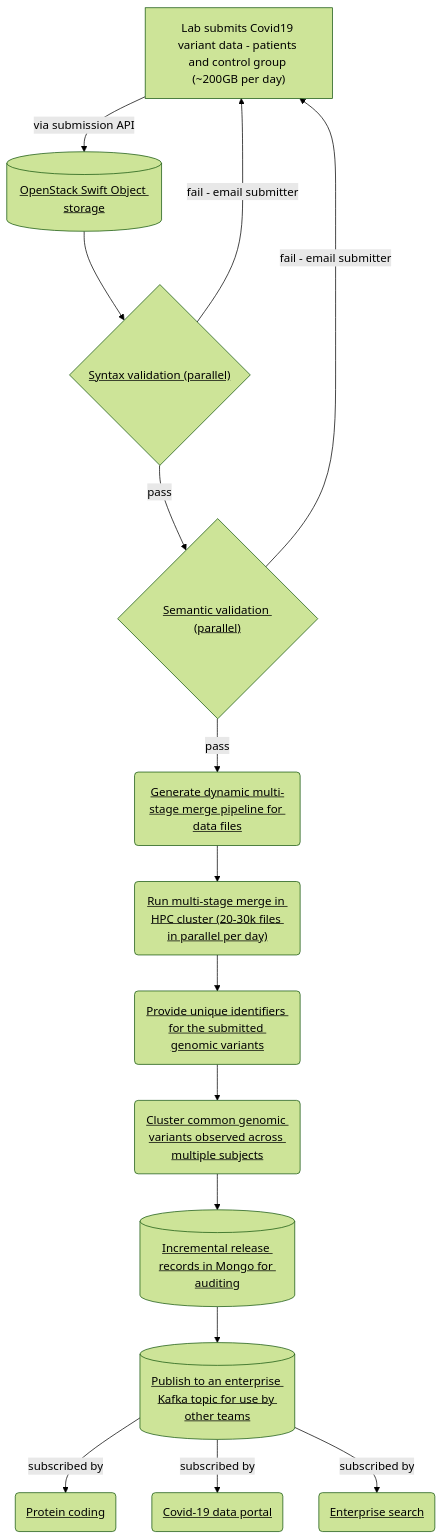
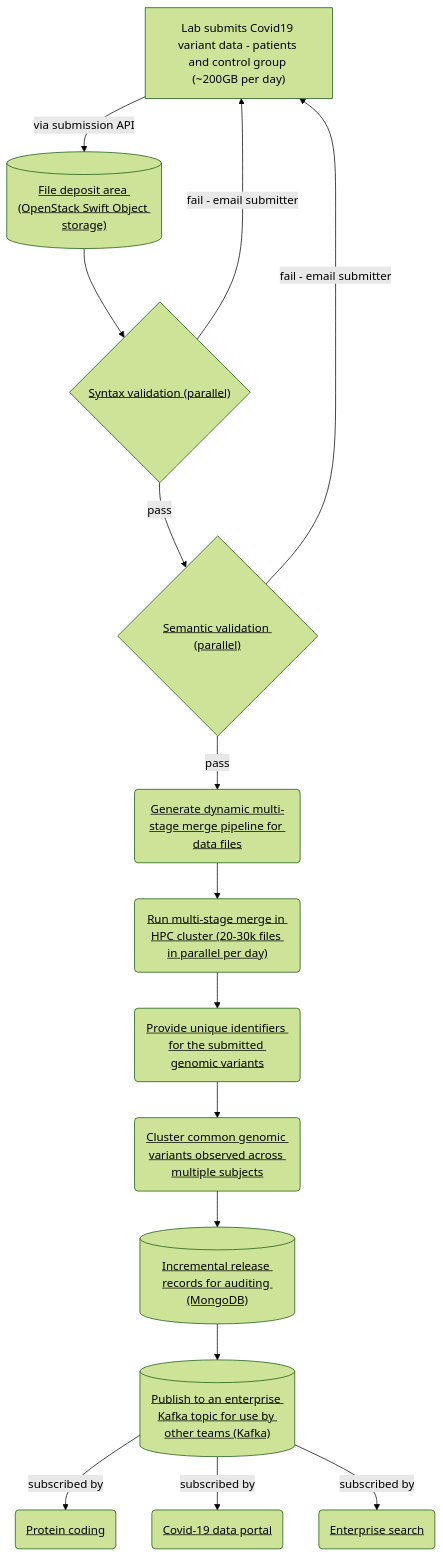
One commit to sundarvenkata/covid19dp-process changed the diagram in process-diagram.md. Above: the diagram before and after it, drawn with Mermaid (forest theme).

````diff
--- a/process-diagram.md
+++ b/process-diagram.md
@@ -5,27 +5,27 @@
 ```mermaid
 graph TD
-    user["Lab submits Covid19 variant data - patients and control group (~200GB per day)"] --> |via submission API| depositArea[("<u>OpenStack Swift Object storage</u>")]
+    user["Lab submits Covid19 variant data - patients and control group (~200GB per day)"] --> |via submission API| depositArea[("<u>File deposit area (OpenStack Swift Object storage)</u>")]
 	depositArea --> validateVCF{"<u>Syntax validation (parallel)</u>"}
 	validateVCF --> |pass| validateSemantics{"<u>Semantic validation (parallel)</u>"}
 	validateVCF --> |fail - email submitter| user
 	validateSemantics --> |fail - email submitter| user
 	validateSemantics --> |pass| semanticMergeGenerate(<u>Generate dynamic multi-stage merge pipeline for data files</u>)
 	semanticMergeGenerate --> semanticMerge("<u>Run multi-stage merge in HPC cluster (20-30k files in parallel per day)</u>")
 	semanticMerge --> accession("<u>Provide unique identifiers for the submitted genomic variants</u>")
 	accession --> clustering("<u>Cluster common genomic variants observed across multiple subjects</u>")
-	clustering --> incrementalRelease[("<u>Incremental release records in Mongo for auditing</u>")]
-	incrementalRelease --> kafkaPublish[("<u>Publish to an enterprise Kafka topic for use by other teams</u>")]
+	clustering --> incrementalRelease[("<u>Incremental release records for auditing (MongoDB)</u>")]
+	incrementalRelease --> kafkaPublish[("<u>Publish to an enterprise Kafka topic for use by other teams (Kafka)</u>")]
 	kafkaPublish --> |subscribed by| proteinCoding("<u>Protein coding</u>") 
 	kafkaPublish --> |subscribed by| dataPortal("<u>Covid-19 data portal</u>")
 	kafkaPublish --> |subscribed by| enterpriseSearch("<u>Enterprise search</u>")
 	
 	click validateVCF "https://github.com/EBIvariation/vcf-validator"
 	click validateSemantics "https://github.com/EBIvariation/vcf-validator/blob/master/src/assembly_checker_main.cpp"
 	click semanticMergeGenerate "https://github.com/EBIvariation/covid19dp-submission/blob/3a6f3615bb7697a7fb2b51da79ba8d85d02b84b5/covid19dp_submission/steps/vcf_vertical_concat/run_vcf_vertical_concat_pipeline.py#L41"
 	click semanticMerge "https://github.com/EBIvariation/covid19dp-submission/blob/3a6f3615bb7697a7fb2b51da79ba8d85d02b84b5/covid19dp_submission/nextflow/submission_workflow.nf#L67"
 	click accession "https://github.com/EBIvariation/eva-accession/"
 	click clustering "https://github.com/EBIvariation/eva-accession/blob/f9863197a232b535a6b2b8915440f1c4059e48dd/eva-accession-clustering/src/main/java/uk/ac/ebi/eva/accession/clustering/configuration/batch/jobs/ClusteringFromMongoJobConfiguration.java#L98"
 	click incrementalRelease "https://github.com/EBIvariation/eva-accession/blob/f9863197a232b535a6b2b8915440f1c4059e48dd/eva-accession-release/src/main/java/uk/ac/ebi/eva/accession/release/configuration/batch/steps/CreateIncrementalReleaseStepConfiguration.java#L87"
 	click proteinCoding "https://www.covid19dataportal.org/search/proteins?db=uniprot-covid19&size=15&facets=TAXONOMY:2697049&crossReferencesOption=all"
 	click dataPortal "https://www.covid19dataportal.org/search/sequences?crossReferencesOption=all&overrideDefaultDomain=true&db=eva-variants-covid19&size=15"
   ```
````
